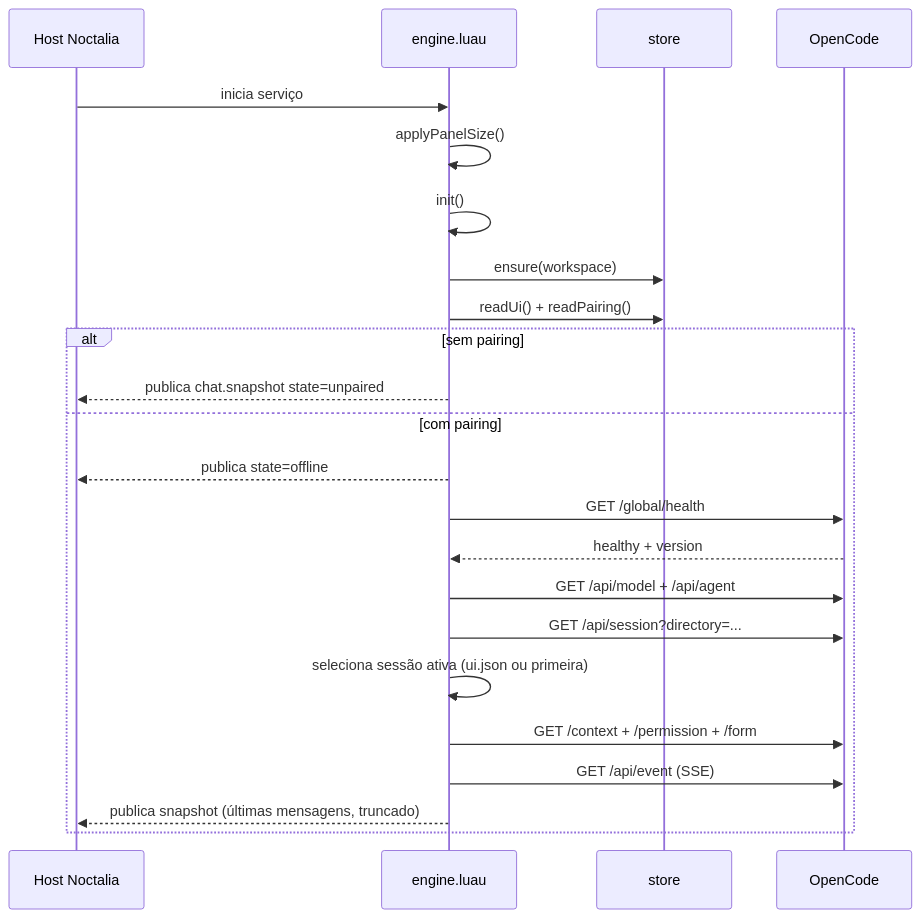
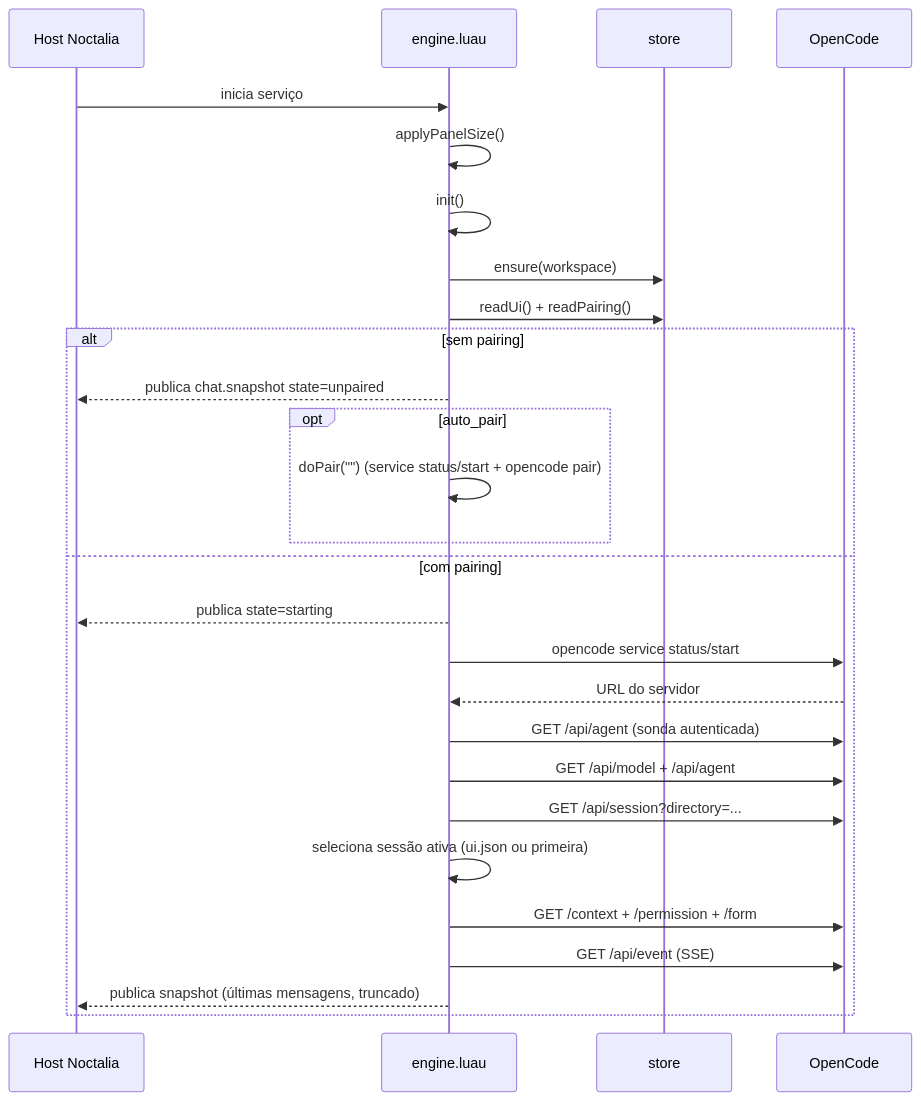
One commit to marcos2872/msbos-ai-chat changed the second of 4 diagrams in docs/arquitetura.md. Above: the diagram before and after it, drawn with Mermaid. The commit also changed other lines of this file and 19 other files, not shown here.

````diff
--- a/docs/arquitetura.md
+++ b/docs/arquitetura.md
@@ -65,26 +65,30 @@
 ```mermaid
 sequenceDiagram
     participant H as Host Noctalia
     participant E as engine.luau
     participant S as store
     participant OC as OpenCode
 
     H->>E: inicia serviço
     E->>E: applyPanelSize()
     E->>E: init()
     E->>S: ensure(workspace)
     E->>S: readUi() + readPairing()
     alt sem pairing
         E-->>H: publica chat.snapshot state=unpaired
+        opt auto_pair
+            E->>E: doPair("") (service status/start + opencode pair)
+        end
     else com pairing
-        E-->>H: publica state=offline
-        E->>OC: GET /global/health
-        OC-->>E: healthy + version
+        E-->>H: publica state=starting
+        E->>OC: opencode service status/start
+        OC-->>E: URL do servidor
+        E->>OC: GET /api/agent (sonda autenticada)
         E->>OC: GET /api/model + /api/agent
         E->>OC: GET /api/session?directory=...
         E->>E: seleciona sessão ativa (ui.json ou primeira)
         E->>OC: GET /context + /permission + /form
         E->>OC: GET /api/event (SSE)
         E-->>H: publica snapshot (últimas mensagens, truncado)
     end
 ```
````
